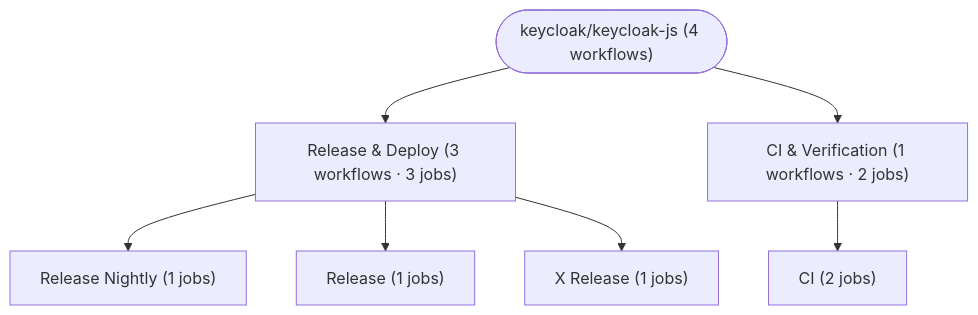
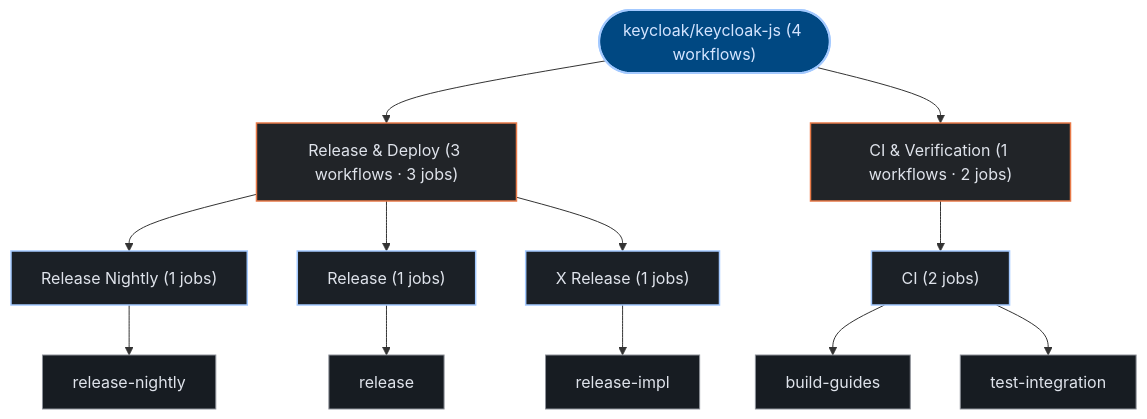
Before and after one commit to kumarshaz/atruss-code-atlas: the third of 3 diagrams in exports/latest/reports/keycloak-keycloak-js-report.md, drawn with Mermaid. The commit also changed other lines of this file and 331 other files, not shown here.

Commit message:
docs,ui,fix: update SDLC docs, reorder CI/CD DAG first, stylize Mermaid, and fix Arc42 pipeline topology

````diff
--- a/exports/latest/reports/keycloak-keycloak-js-report.md
+++ b/exports/latest/reports/keycloak-keycloak-js-report.md
@@ -136,16 +147,33 @@
 ```mermaid
 graph TD;
-  pipeline_root(["keycloak/keycloak-js (4 workflows)"])
-  grp_0_Release___Deploy["Release & Deploy (3 workflows · 3 jobs)"]
+  classDef atlasRoot fill:#004882,stroke:#a3c9ff,stroke-width:2px,color:#d3e4ff
+  classDef atlasCategory fill:#212428,stroke:#E87A48,stroke-width:1.5px,color:#dfe3eb
+  classDef atlasWorkflow fill:#1b2026,stroke:#a3c9ff,stroke-width:1.5px,color:#dfe3eb
+  classDef atlasJob fill:#171c22,stroke:#8d9199,stroke-width:1px,color:#dfe3eb
+  classDef atlasTarget fill:#005227,stroke:#8bd99b,stroke-width:1.5px,color:#a7f6b6
+  classDef atlasAlert fill:#93000a,stroke:#ffb4ab,stroke-width:1.5px,color:#ffdad6
+  classDef atlasMore fill:#252a31,stroke:#8d9199,stroke-dasharray:4 4,color:#c3c6cf
+  pipeline_root(["keycloak/keycloak-js (4 workflows)"]):::atlasRoot
+  grp_0_Release___Deploy["Release & Deploy (3 workflows · 3 jobs)"]:::atlasCategory
   pipeline_root --> grp_0_Release___Deploy
-  wf_1_Release_Nightly["Release Nightly (1 jobs)"]
+  wf_1_Release_Nightly["Release Nightly (1 jobs)"]:::atlasWorkflow
   grp_0_Release___Deploy --> wf_1_Release_Nightly
-  wf_2_Release["Release (1 jobs)"]
+  job_1_release_nightly["release-nightly"]:::atlasJob
+  wf_1_Release_Nightly --> job_1_release_nightly
+  wf_2_Release["Release (1 jobs)"]:::atlasWorkflow
   grp_0_Release___Deploy --> wf_2_Release
-  wf_3_X_Release["X Release (1 jobs)"]
+  job_2_release["release"]:::atlasJob
+  wf_2_Release --> job_2_release
+  wf_3_X_Release["X Release (1 jobs)"]:::atlasWorkflow
   grp_0_Release___Deploy --> wf_3_X_Release
-  grp_1_CI___Verification["CI & Verification (1 workflows · 2 jobs)"]
+  job_3_release_impl["release-impl"]:::atlasJob
+  wf_3_X_Release --> job_3_release_impl
+  grp_1_CI___Verification["CI & Verification (1 workflows · 2 jobs)"]:::atlasCategory
   pipeline_root --> grp_1_CI___Verification
-  wf_0_CI["CI (2 jobs)"]
+  wf_0_CI["CI (2 jobs)"]:::atlasWorkflow
   grp_1_CI___Verification --> wf_0_CI
+  job_0_build_guides["build-guides"]:::atlasJob
+  job_0_test_integration["test-integration"]:::atlasJob
+  wf_0_CI --> job_0_build_guides
+  wf_0_CI --> job_0_test_integration
 ```
````
